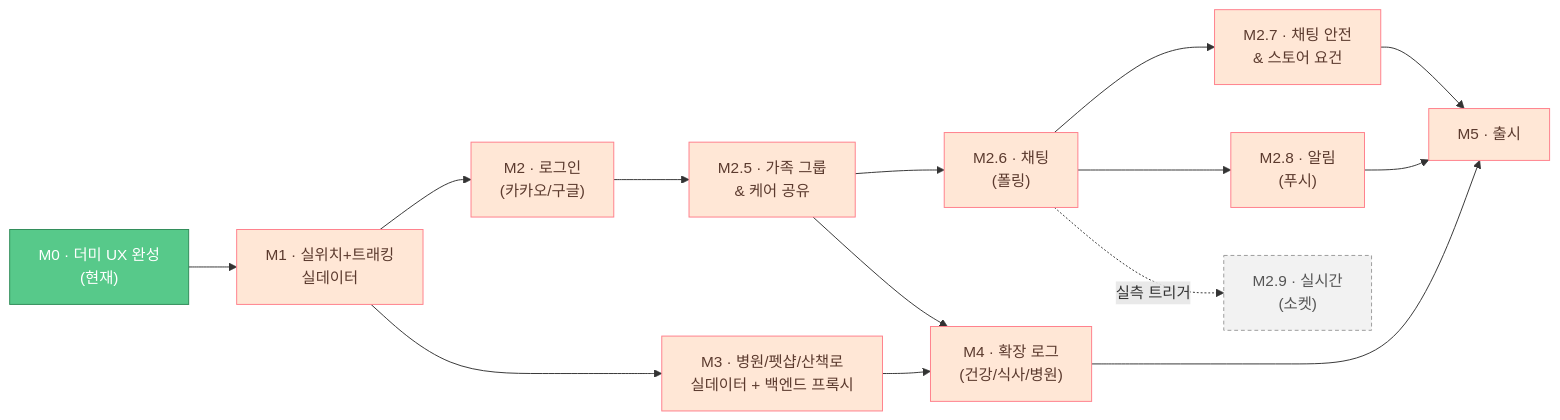
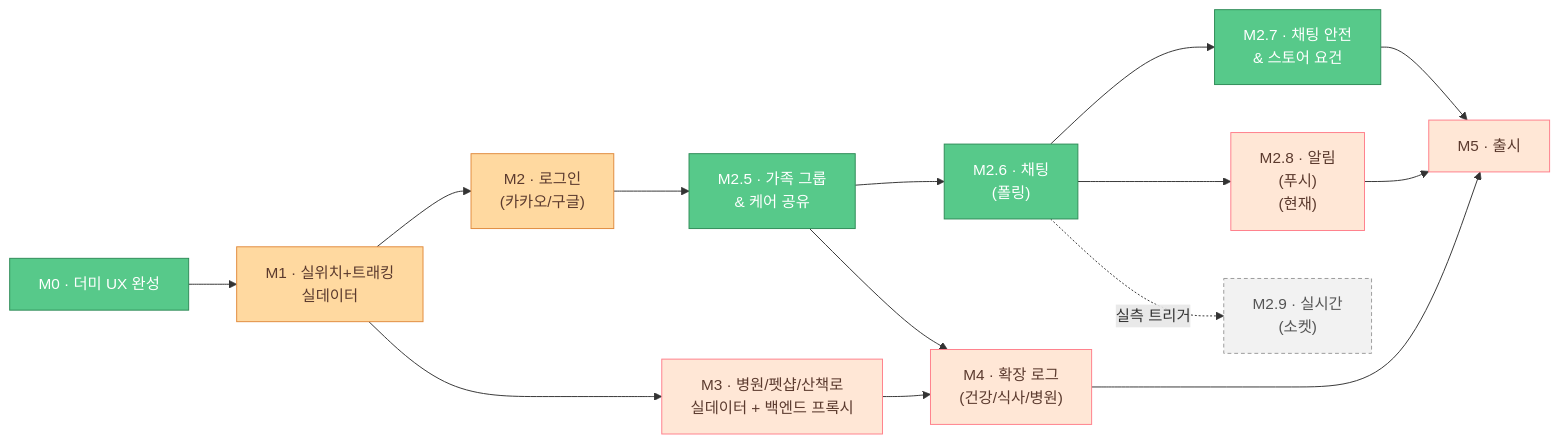
The diagram in docs/05-build/roadmap.md (sanghyunbang/pawloop), drawn with Mermaid before and after one commit. The commit also changed other lines of this file and 9 other files, not shown here.

````diff
--- a/docs/05-build/roadmap.md
+++ b/docs/05-build/roadmap.md
@@ -289,23 +289,25 @@
 ```mermaid
 flowchart LR
-    M0["M0 · 더미 UX 완성<br/>(현재)"] --> M1["M1 · 실위치+트래킹<br/>실데이터"]
+    M0["M0 · 더미 UX 완성"] --> M1["M1 · 실위치+트래킹<br/>실데이터"]
     M1 --> M2["M2 · 로그인<br/>(카카오/구글)"]
     M1 --> M3["M3 · 병원/펫샵/산책로<br/>실데이터 + 백엔드 프록시"]
     M2 --> M25["M2.5 · 가족 그룹<br/>& 케어 공유"]
     M25 --> M26["M2.6 · 채팅<br/>(폴링)"]
     M26 --> M27["M2.7 · 채팅 안전<br/>& 스토어 요건"]
-    M26 --> M28["M2.8 · 알림<br/>(푸시)"]
+    M26 --> M28["M2.8 · 알림<br/>(푸시)<br/>(현재)"]
     M26 -.실측 트리거.-> M29["M2.9 · 실시간<br/>(소켓)"]
     M25 --> M4["M4 · 확장 로그<br/>(건강/식사/병원)"]
     M3 --> M4
     M4 --> M5["M5 · 출시"]
     M27 --> M5
     M28 --> M5
 
     classDef done fill:#57C98A,stroke:#2E8B57,color:#fff;
     classDef todo fill:#FFE7D6,stroke:#FF7E8A,color:#5b3a2e;
+    classDef wip fill:#FFD9A0,stroke:#E08A3C,color:#5b3a2e;
     classDef gated fill:#F2F2F2,stroke:#9A9A9A,color:#555,stroke-dasharray: 4 3;
-    class M0 done;
-    class M1,M2,M25,M26,M27,M28,M3,M4,M5 todo;
+    class M0,M25,M26,M27 done;
+    class M1,M2 wip;
+    class M28,M3,M4,M5 todo;
     class M29 gated;
 ```
````
